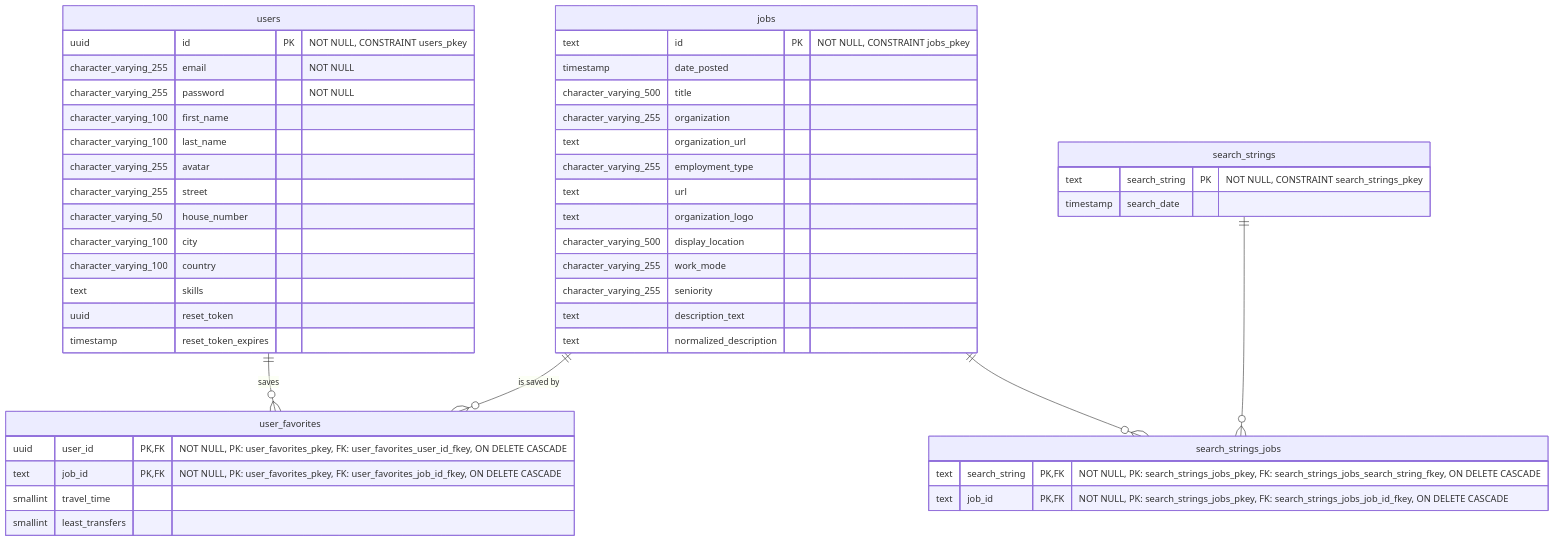
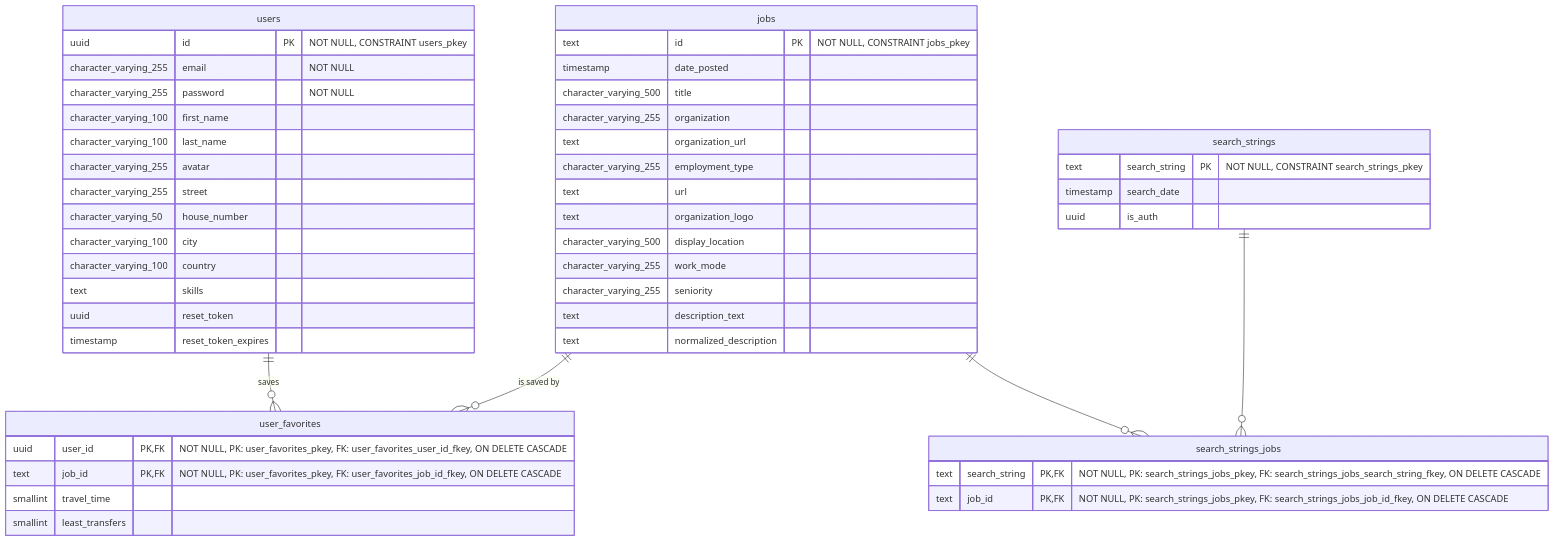
The diagram in documentation/ERD.md (YahyaAl-Ademi/2025.10.23-JobCompass), drawn with Mermaid before and after one commit. The commit also changed 1 other file, not shown here.

Commit message:
Add is_auth field to search_strings and update documentation for getCachedJobsBySearchString

````diff
--- a/documentation/ERD.md
+++ b/documentation/ERD.md
@@ -5,56 +5,57 @@
 ```mermaid
 erDiagram
     users ||--o{ user_favorites : "saves"
     jobs ||--o{ user_favorites : "is saved by"
     search_strings ||--o{ search_strings_jobs : ""
     jobs ||--o{ search_strings_jobs : ""
 
     users {
         uuid id PK "NOT NULL, CONSTRAINT users_pkey"
         character_varying_255 email "NOT NULL"
         character_varying_255 password "NOT NULL"
         character_varying_100 first_name
         character_varying_100 last_name
         character_varying_255 avatar
         character_varying_255 street
         character_varying_50 house_number
         character_varying_100 city
         character_varying_100 country
         text skills
         uuid reset_token
         timestamp reset_token_expires
     }
 
     jobs {
         text id PK "NOT NULL, CONSTRAINT jobs_pkey"
         timestamp date_posted
         character_varying_500 title
         character_varying_255 organization
         text organization_url
         character_varying_255 employment_type
         text url
         text organization_logo
         character_varying_500 display_location
         character_varying_255 work_mode
         character_varying_255 seniority
         text description_text
         text normalized_description
     }
 
     user_favorites {
         uuid user_id PK,FK "NOT NULL, PK: user_favorites_pkey, FK: user_favorites_user_id_fkey, ON DELETE CASCADE"
         text job_id PK,FK "NOT NULL, PK: user_favorites_pkey, FK: user_favorites_job_id_fkey, ON DELETE CASCADE"
         smallint travel_time
         smallint least_transfers
     }
 
     search_strings {
         text search_string PK "NOT NULL, CONSTRAINT search_strings_pkey"
         timestamp search_date
+        uuid is_auth
     }
 
     search_strings_jobs {
         text search_string PK,FK "NOT NULL, PK: search_strings_jobs_pkey, FK: search_strings_jobs_search_string_fkey, ON DELETE CASCADE"
         text job_id PK,FK "NOT NULL, PK: search_strings_jobs_pkey, FK: search_strings_jobs_job_id_fkey, ON DELETE CASCADE"
     }
 ```
````
